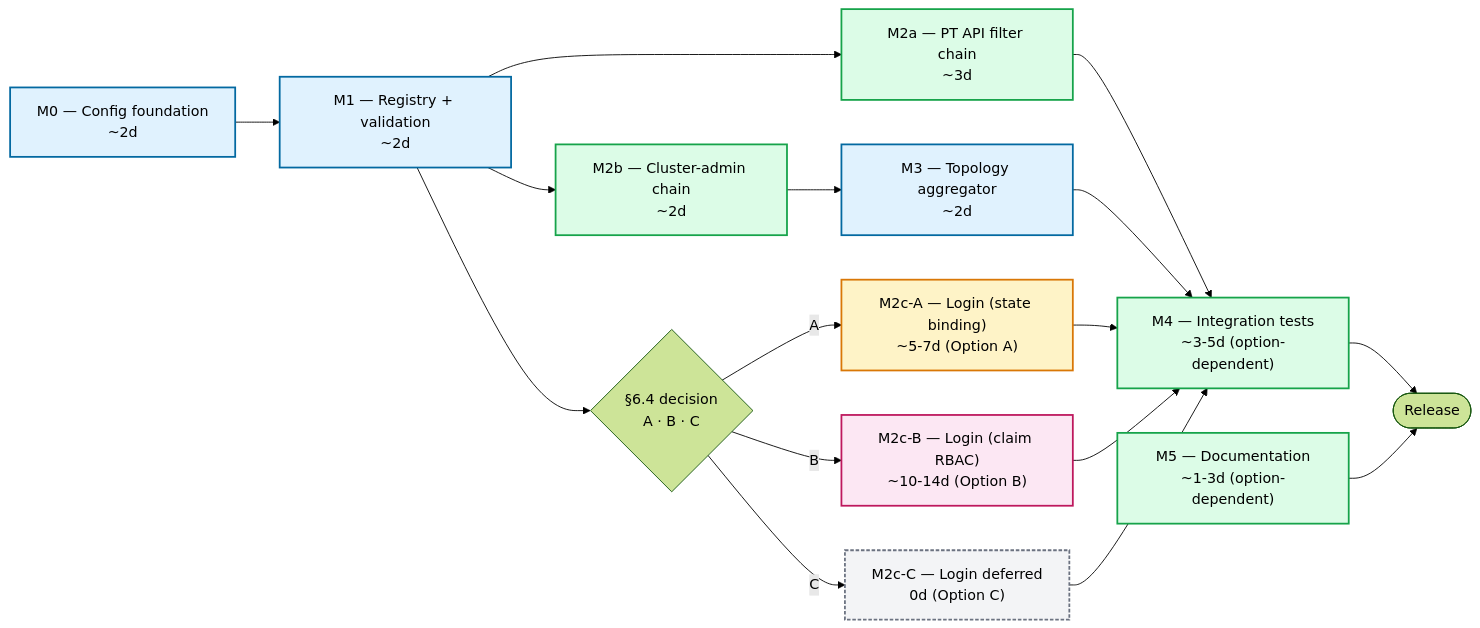
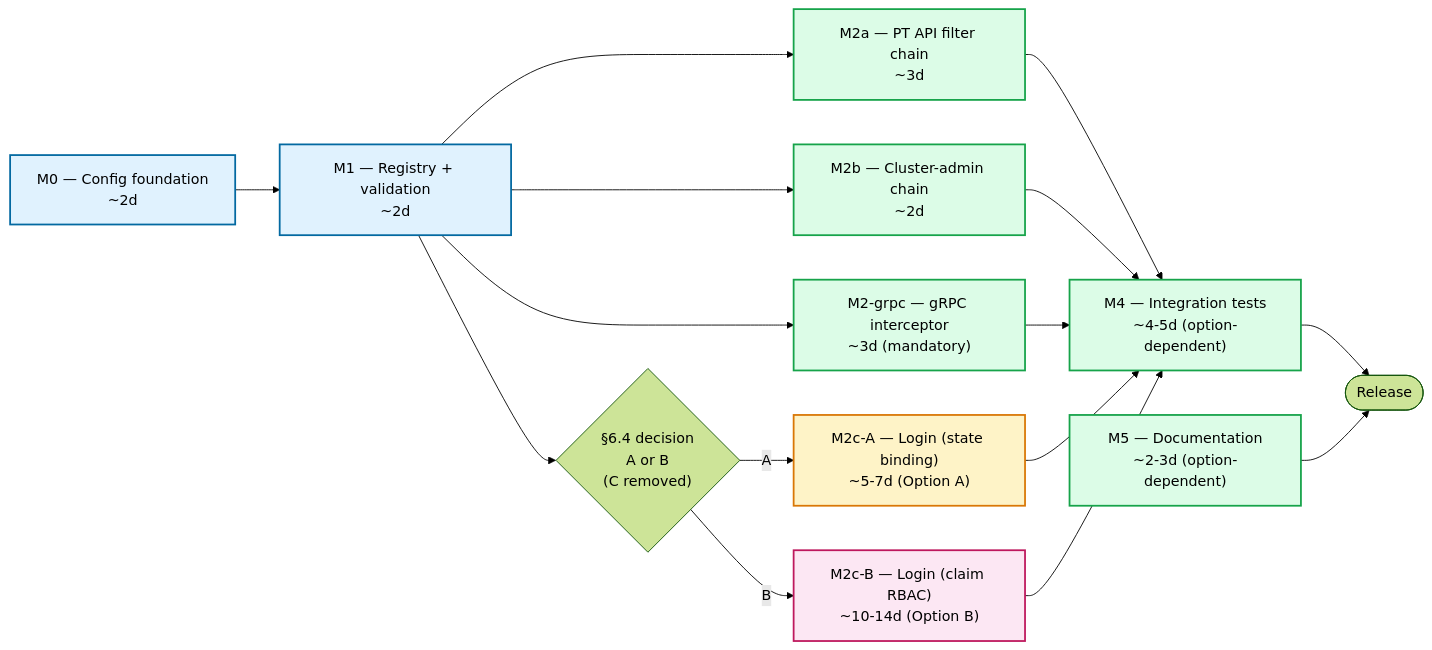
The sixth of 8 diagrams in docs/monorepo-docs/architecture/components/identity/physical-tenants-identity-plan.md (camunda/camunda), drawn with Mermaid (forest theme) before and after one commit. The commit also changed other lines of this file and 1 other file, not shown here.

````diff
--- a/docs/monorepo-docs/architecture/components/identity/physical-tenants-identity-plan.md
+++ b/docs/monorepo-docs/architecture/components/identity/physical-tenants-identity-plan.md
@@ -1322,37 +1302,34 @@
 ```mermaid
 flowchart LR
     M0["M0 — Config foundation<br/>~2d"]:::seq
     M1["M1 — Registry + validation<br/>~2d"]:::seq
     M2a["M2a — PT API filter chain<br/>~3d"]:::par
     M2b["M2b — Cluster-admin chain<br/>~2d"]:::par
+    M2grpc["M2-grpc — gRPC interceptor<br/>~3d (mandatory)"]:::par
     M2cA["M2c-A — Login (state binding)<br/>~5-7d (Option A)"]:::optA
     M2cB["M2c-B — Login (claim RBAC)<br/>~10-14d (Option B)"]:::optB
-    M2cC["M2c-C — Login deferred<br/>0d (Option C)"]:::optC
-    M3["M3 — Topology aggregator<br/>~2d"]:::seq
-    M4["M4 — Integration tests<br/>~3-5d (option-dependent)"]:::par
-    M5["M5 — Documentation<br/>~1-3d (option-dependent)"]:::par
-    Decision{"§6.4 decision<br/>A · B · C"}
+    M4["M4 — Integration tests<br/>~4-5d (option-dependent)"]:::par
+    M5["M5 — Documentation<br/>~2-3d (option-dependent)"]:::par
+    Decision{"§6.4 decision<br/>A or B<br/>(C removed)"}
     Release([Release])
 
     M0 --> M1
     M1 --> M2a
     M1 --> M2b
+    M1 --> M2grpc
     M1 --> Decision
     Decision -->|A| M2cA
     Decision -->|B| M2cB
-    Decision -->|C| M2cC
     M2a --> M4
-    M2b --> M3
-    M3 --> M4
+    M2b --> M4
+    M2grpc --> M4
     M2cA --> M4
     M2cB --> M4
-    M2cC --> M4
     M4 --> Release
     M5 --> Release
 
     classDef seq fill:#e0f2fe,stroke:#0369a1,stroke-width:2px;
     classDef par fill:#dcfce7,stroke:#16a34a,stroke-width:2px;
     classDef optA fill:#fef3c7,stroke:#d97706,stroke-width:2px;
     classDef optB fill:#fce7f3,stroke:#be185d,stroke-width:2px;
-    classDef optC fill:#f3f4f6,stroke:#6b7280,stroke-width:2px,stroke-dasharray: 4 2;
 ```
````
